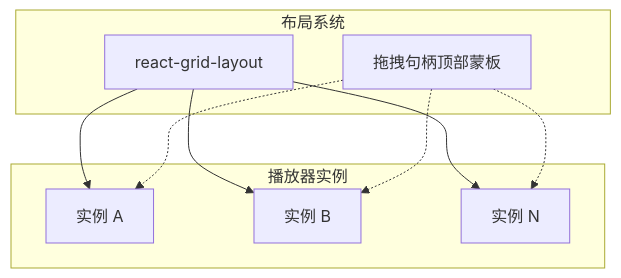
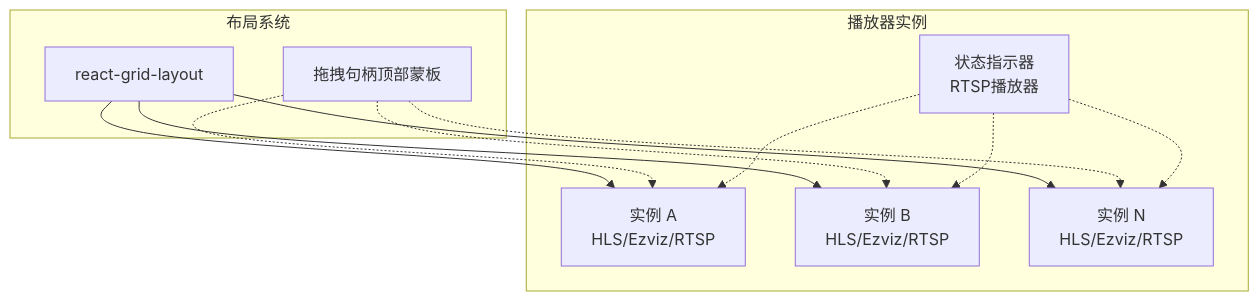
The fifth of 6 diagrams in .qoder/repowiki/zh/content/摄像头监控系统/摄像头监控系统.md (skyeyinkun/HAUI), drawn with Mermaid before and after one commit. The commit also changed other lines of this file and 23 other files, not shown here.

````diff
--- a/.qoder/repowiki/zh/content/摄像头监控系统/摄像头监控系统.md
+++ b/.qoder/repowiki/zh/content/摄像头监控系统/摄像头监控系统.md
@@ -237,18 +282,22 @@
 ```mermaid
 graph TB
 subgraph "布局系统"
 RL["react-grid-layout"]
 DRAG["拖拽句柄顶部蒙板"]
 end
 subgraph "播放器实例"
-INST1["实例 A"]
-INST2["实例 B"]
-INSTN["实例 N"]
+INST1["实例 A<br/>HLS/Ezviz/RTSP"]
+INST2["实例 B<br/>HLS/Ezviz/RTSP"]
+INSTN["实例 N<br/>HLS/Ezviz/RTSP"]
+STAT["状态指示器<br/>RTSP播放器"]
 end
 RL --> INST1
 RL --> INST2
 RL --> INSTN
 DRAG -.-> INST1
 DRAG -.-> INST2
 DRAG -.-> INSTN
+STAT -.-> INST1
+STAT -.-> INST2
+STAT -.-> INSTN
 ```
````
